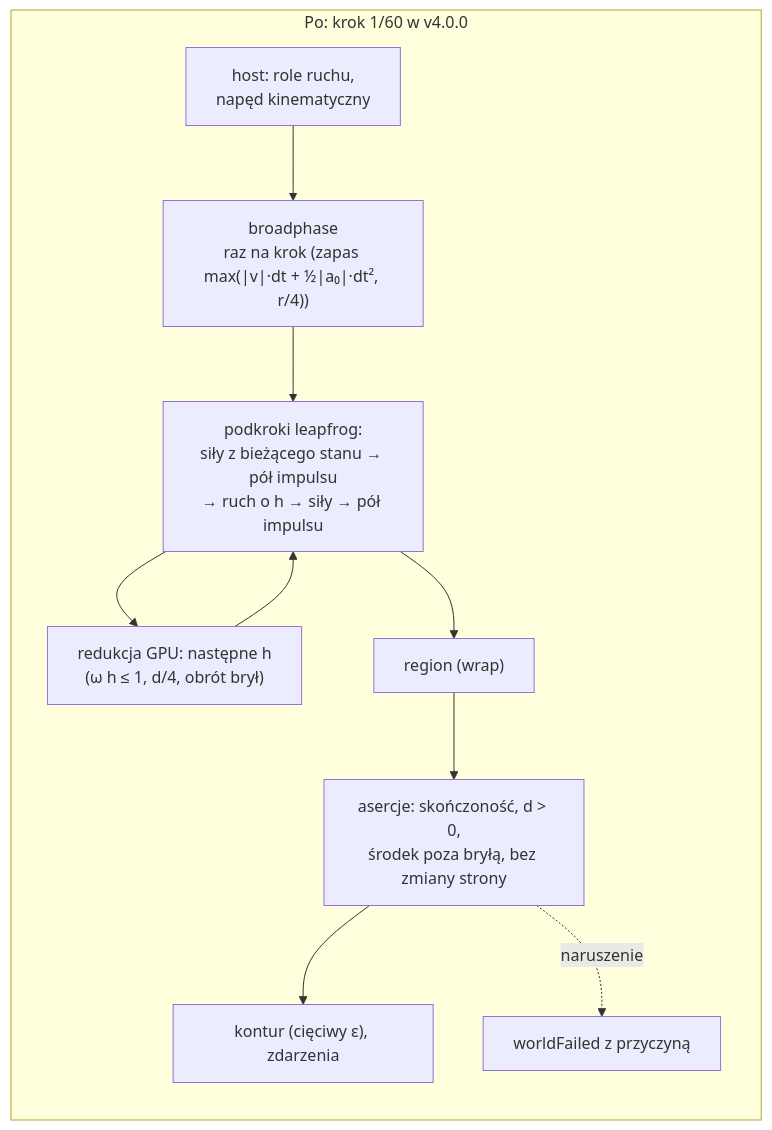
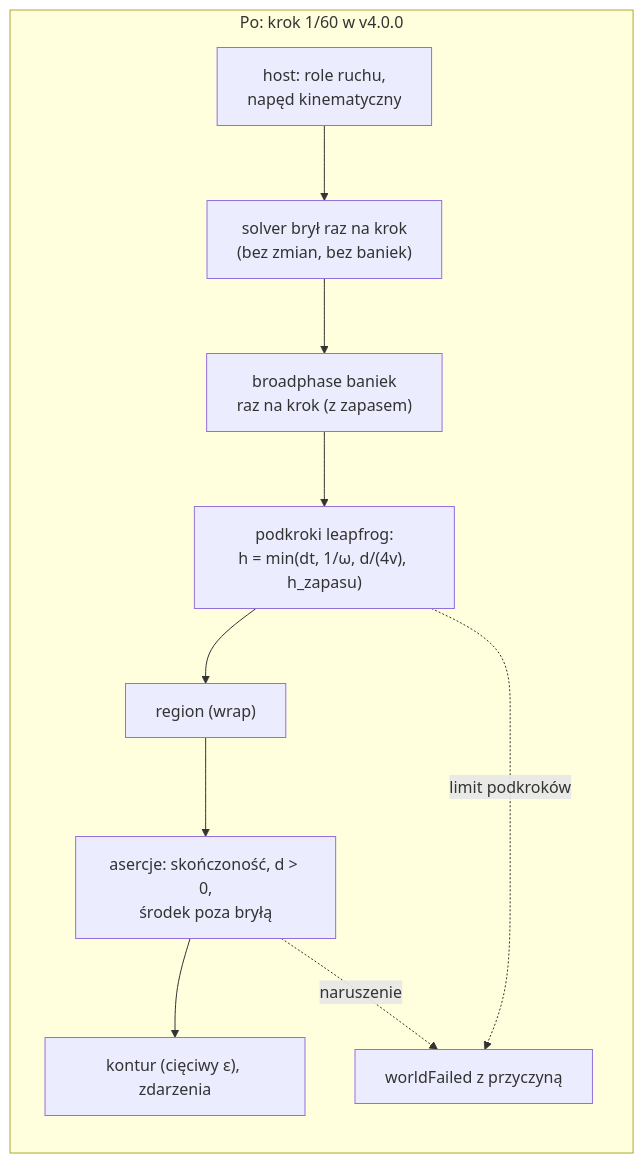
Before and after one commit to MariuszAdamowicz/BubblePhysics: the second of 3 diagrams in docs/sdlc/changes/2026-11-23-engine-4-0-0/change-design.md, drawn with Mermaid. The commit also changed other lines of this file, not shown here.

First line of the commit message:
docs(change-design): odchudzenie — bryły ruchome poza podkrokami, limit podkroków, próg gumki w stagerze, testy w zakresie gry

````diff
--- a/docs/sdlc/changes/2026-11-23-engine-4-0-0/change-design.md
+++ b/docs/sdlc/changes/2026-11-23-engine-4-0-0/change-design.md
@@ -49,13 +58,13 @@
 ```mermaid
 flowchart LR
   subgraph after["Po: krok 1/60 w v4.0.0"]
-    h2["host: role ruchu,<br/>napęd kinematyczny"] --> b2["broadphase<br/>raz na krok (zapas max(|v|·dt + ½|a₀|·dt², r/4))"]
-    b2 --> s2["podkroki leapfrog:<br/>siły z bieżącego stanu → pół impulsu<br/>→ ruch o h → siły → pół impulsu"]
-    s2 --> hr["redukcja GPU: następne h<br/>(ω h ≤ 1, d/4, obrót brył)"]
-    hr --> s2
+    h2["host: role ruchu,<br/>napęd kinematyczny"] --> rb2["solver brył raz na krok<br/>(bez zmian, bez baniek)"]
+    rb2 --> b2["broadphase baniek<br/>raz na krok (z zapasem)"]
+    b2 --> s2["podkroki leapfrog:<br/>h = min(dt, 1/ω, d/(4v), h_zapasu)"]
     s2 --> rg2["region (wrap)"]
-    rg2 --> a2["asercje: skończoność, d > 0,<br/>środek poza bryłą, bez zmiany strony"]
+    rg2 --> a2["asercje: skończoność, d > 0,<br/>środek poza bryłą"]
     a2 --> k2["kontur (cięciwy ε), zdarzenia"]
-    a2 -. naruszenie .-> f2["worldFailed z przyczyną"]
+    s2 -. limit podkroków .-> f2["worldFailed z przyczyną"]
+    a2 -. naruszenie .-> f2
   end
 ```
````
